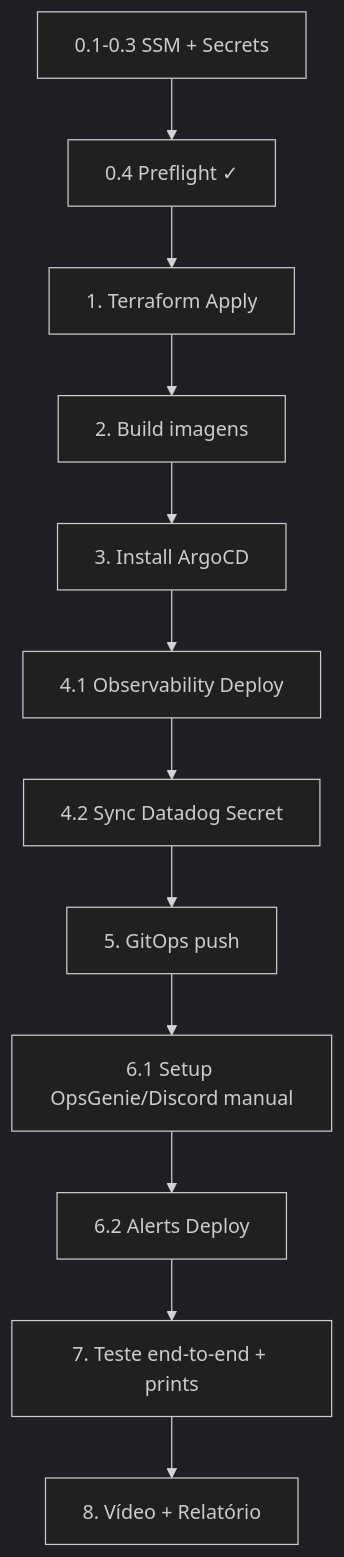
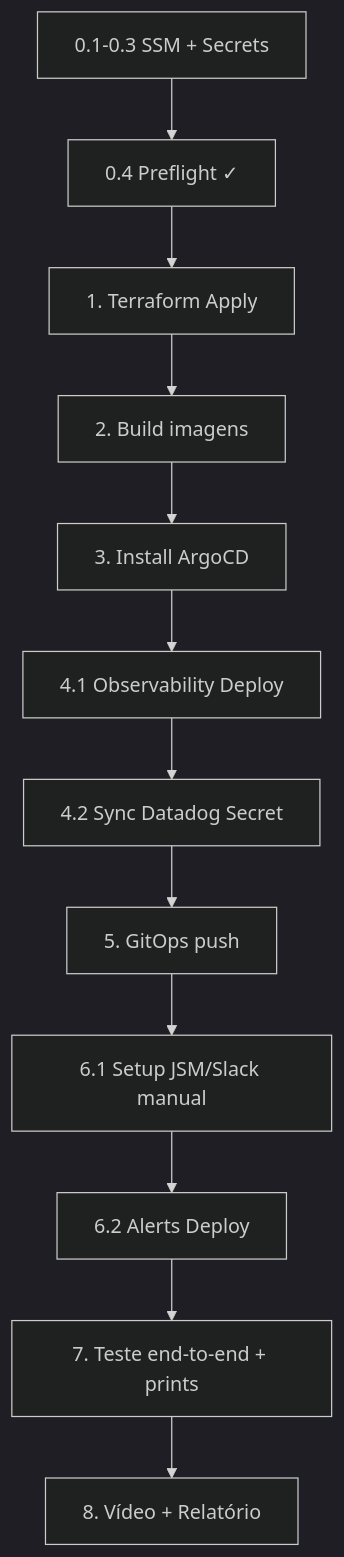
One commit to tech-tm/togglemaster-deploy changed the diagram in DEPLOY.md. Above: the diagram before and after it, drawn with Mermaid (dark theme). The commit also changed other lines of this file and 7 other files, not shown here.

Commit message:
docs: remove OpsGenie+Discord, mantém só JSM+Slack como stack de incident/ChatOps

````diff
--- a/DEPLOY.md
+++ b/DEPLOY.md
@@ -495,14 +479,14 @@
 ```mermaid
 graph TD
     A[0.1-0.3 SSM + Secrets] --> B[0.4 Preflight ✓]
     B --> C[1. Terraform Apply]
     C --> D[2. Build imagens]
     D --> E[3. Install ArgoCD]
     E --> F[4.1 Observability Deploy]
     F --> G[4.2 Sync Datadog Secret]
     G --> H[5. GitOps push]
-    H --> I[6.1 Setup OpsGenie/Discord manual]
+    H --> I[6.1 Setup JSM/Slack manual]
     I --> J[6.2 Alerts Deploy]
     J --> K[7. Teste end-to-end + prints]
     K --> L[8. Vídeo + Relatório]
 ```
````
